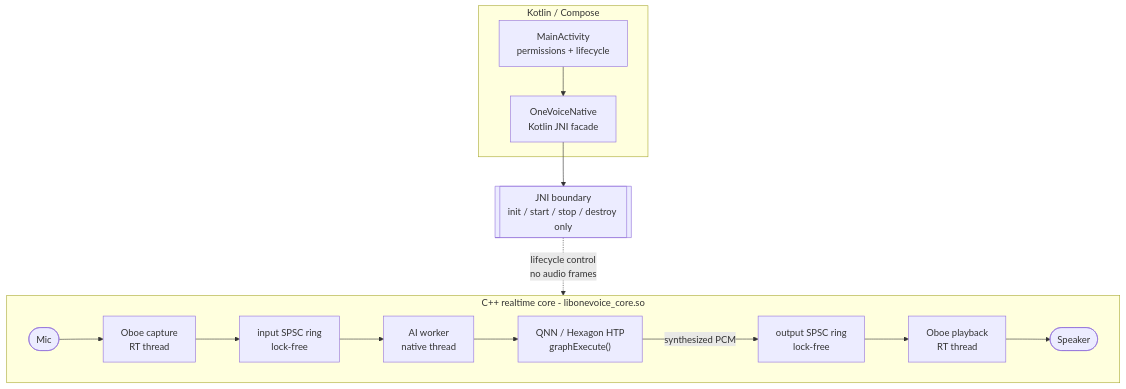
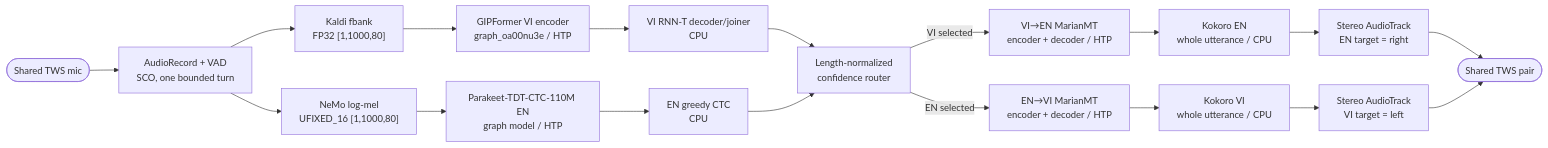
Before and after one commit to KhangPham205/onevoice-link-native: the first of 2 diagrams in docs/ARCHITECTURE.md, drawn with Mermaid. The commit also changed other lines of this file and 87 other files, not shown here.

````diff
--- a/docs/ARCHITECTURE.md
+++ b/docs/ARCHITECTURE.md
@@ -41,28 +17,22 @@
 ```mermaid
-flowchart TB
-  subgraph UI["Kotlin / Compose"]
-    MainActivity["MainActivity<br/>permissions + lifecycle"]
-    OneVoiceNative["OneVoiceNative<br/>Kotlin JNI facade"]
-    MainActivity --> OneVoiceNative
-  end
+flowchart LR
+  Mic([Shared TWS mic]) --> Capture["AudioRecord + VAD<br/>SCO, one bounded turn"]
+  Capture --> Frontend["Kaldi fbank<br/>FP32 [1,1000,80]"]
+  Capture --> NemoFront["NeMo log-mel<br/>UFIXED_16 [1,1000,80]"]
 
-  JNI[["JNI boundary<br/>init / start / stop / destroy only"]]
-  OneVoiceNative --> JNI
+  Frontend --> VIEnc["GIPFormer VI encoder<br/>graph_oa00nu3e / HTP"]
+  NemoFront --> ENEnc["Parakeet-TDT-CTC-110M EN<br/>graph model / HTP"]
+  VIEnc --> VIDec["VI RNN-T decoder/joiner<br/>CPU"]
+  ENEnc --> ENDec["EN greedy CTC<br/>CPU"]
+  VIDec --> Router["Length-normalized<br/>confidence router"]
+  ENDec --> Router
 
-  subgraph Core["C++ realtime core - libonevoice_core.so"]
-    direction LR
-    Mic([Mic])
-    Capture["Oboe capture<br/>RT thread"]
-    InputRing["input SPSC ring<br/>lock-free"]
-    Worker["AI worker<br/>native thread"]
-    QNN["QNN / Hexagon HTP<br/>graphExecute()"]
-    OutputRing["output SPSC ring<br/>lock-free"]
-    Playback["Oboe playback<br/>RT thread"]
-    Speaker([Speaker])
-
-    Mic --> Capture --> InputRing --> Worker --> QNN
-    QNN -->|"synthesized PCM"| OutputRing --> Playback --> Speaker
-  end
-
-  JNI -. "lifecycle control<br/>no audio frames" .-> Worker
+  Router -->|VI selected| VIMT["VI→EN MarianMT<br/>encoder + decoder / HTP"]
+  Router -->|EN selected| ENMT["EN→VI MarianMT<br/>encoder + decoder / HTP"]
+  VIMT --> ENTTS["Kokoro EN<br/>whole utterance / CPU"]
+  ENMT --> VITTS["Kokoro VI<br/>whole utterance / CPU"]
+  ENTTS --> Right["Stereo AudioTrack<br/>EN target = right"]
+  VITTS --> Left["Stereo AudioTrack<br/>VI target = left"]
+  Right --> Buds([Shared TWS pair])
+  Left --> Buds
 ```
````
